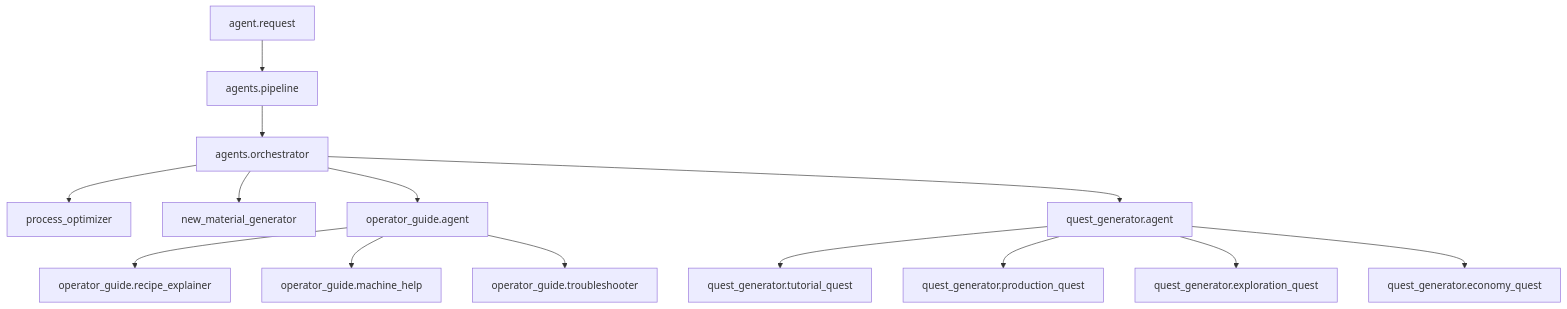
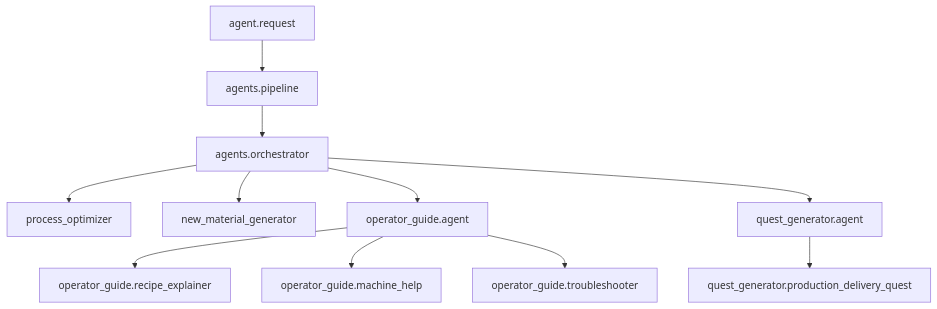
Before and after one commit to PU3-Lab/factory-space: the diagram in backend/src/AGENT_ROLES.md, drawn with Mermaid. The commit also changed other lines of this file and 3 other files, not shown here.

````diff
--- a/backend/src/AGENT_ROLES.md
+++ b/backend/src/AGENT_ROLES.md
@@ -16,19 +16,16 @@
 ```mermaid
 flowchart TD
     Client[agent.request] --> Pipeline[agents.pipeline]
     Pipeline --> Orchestrator[agents.orchestrator]
 
     Orchestrator --> Process[process_optimizer]
     Orchestrator --> Material[new_material_generator]
     Orchestrator --> OperatorGuide[operator_guide.agent]
     Orchestrator --> Quest[quest_generator.agent]
 
     OperatorGuide --> Recipe[operator_guide.recipe_explainer]
     OperatorGuide --> Machine[operator_guide.machine_help]
     OperatorGuide --> Trouble[operator_guide.troubleshooter]
 
-    Quest --> Tutorial[quest_generator.tutorial_quest]
-    Quest --> Production[quest_generator.production_quest]
-    Quest --> Exploration[quest_generator.exploration_quest]
-    Quest --> Economy[quest_generator.economy_quest]
+    Quest --> ProductionDelivery[quest_generator.production_delivery_quest]
 ```
````
